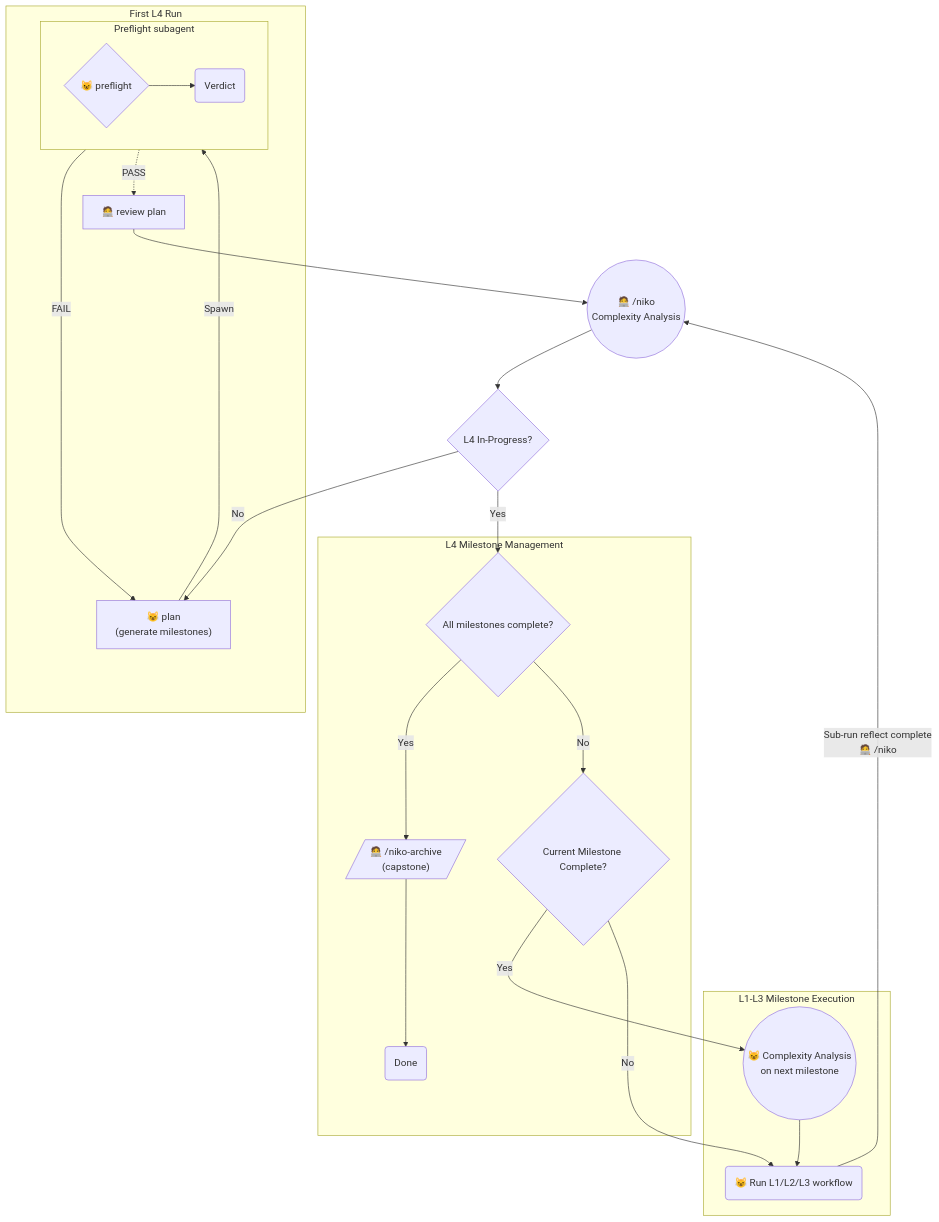
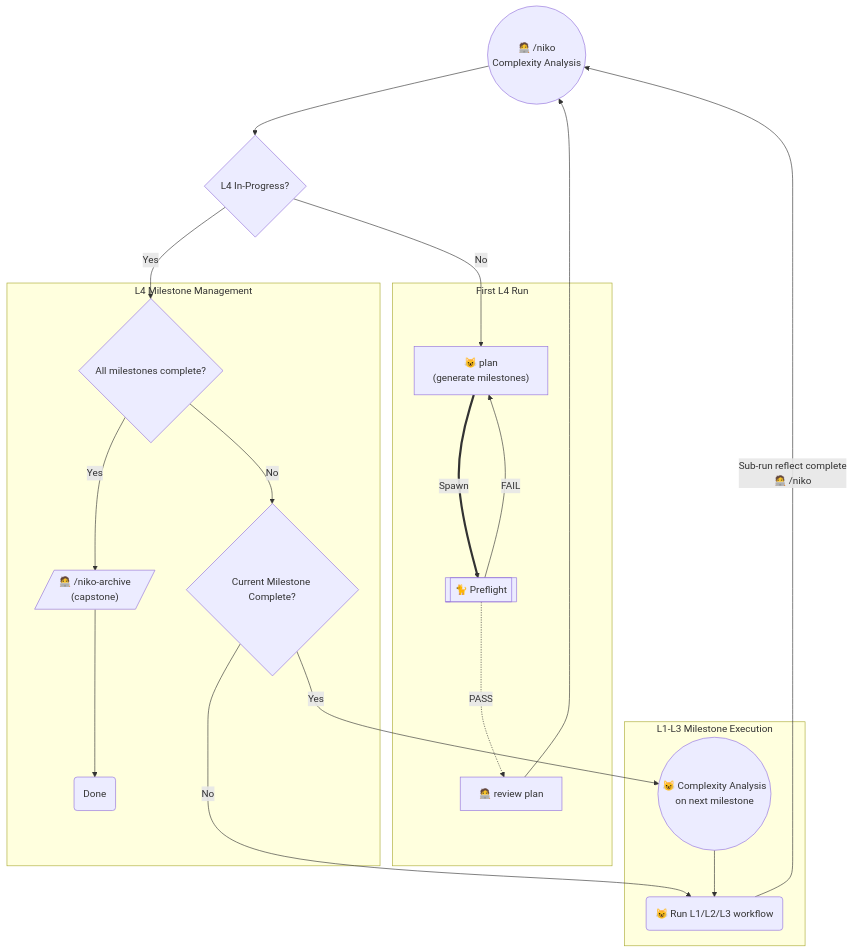
The sixth of 6 diagrams in rulesets/niko/README.md (Texarkanine/.cursor-rules), drawn with Mermaid before and after one commit. The commit also changed other lines of this file and 21 other files, not shown here.

Commit message:
fix(niko): readable Spawn charts via Mermaid subprocess encoding (#109)

````diff
--- a/rulesets/niko/README.md
+++ b/rulesets/niko/README.md
@@ -280,47 +244,43 @@
 ```mermaid
 graph TD
 
     Start(("🧑‍💻 /niko<br>Complexity Analysis"))
     CheckIfMilestones{"L4 In-Progress?"}
 
     subgraph Init["First L4 Run"]
         NikoPlan["😺 plan<br>(generate milestones)"]
         ManualReview["🧑‍💻 review plan"]
-        NikoPlan --Spawn--> NikoPreflight
-        subgraph PreflightSubagent["Preflight subagent"]
-            direction LR
-            NikoPreflight{"😺 preflight"} --> PreflightVerdict("Verdict")
-        end
-        PreflightVerdict -->|"FAIL"| NikoPlan
-        PreflightVerdict -.->|"PASS"| ManualReview
+        NikoPlan ==Spawn==> NikoPreflight[["🐈 Preflight"]]
+        NikoPreflight -->|"FAIL"| NikoPlan
+        NikoPreflight -.->|"PASS"| ManualReview
     end
 
     subgraph ReEntry["L4 Milestone Management"]
         CheckMilestoneCompletion{"All milestones complete?"}
         Capstone[/"🧑‍💻 /niko-archive<br>(capstone)"/]
         Capstone -->Done("Done")
         PrevDone{"Current Milestone Complete?"}
     end
 
     subgraph SubWorkflow["L1-L3 Milestone Execution"]
         NextSub(("😺 Complexity Analysis<br>on next milestone"))
         SubRun("😺 Run L1/L2/L3 workflow")
     end
 
     Start --> CheckIfMilestones
 
     CheckIfMilestones -->|"No"| NikoPlan
 
     ManualReview --> Start
 
     CheckIfMilestones -->|"Yes"| CheckMilestoneCompletion
     CheckMilestoneCompletion -->|"Yes"| Capstone
 
     CheckMilestoneCompletion -->|"No"| PrevDone
     PrevDone --"Yes"--> NextSub
 
     PrevDone --"No"--> SubRun
 
     NextSub --> SubRun
     SubRun -->|"Sub-run reflect complete<br>🧑‍💻 /niko"| Start
 ```
````
